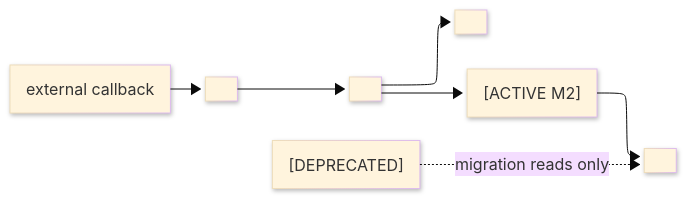
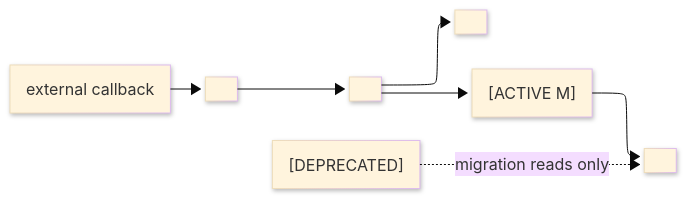
The first of 2 diagrams in docs/standards/explanation/architecture.md (bsamiee/Rasm), drawn with Mermaid before and after one commit. The commit also changed other lines of this file and 26 other files, not shown here.

````diff
--- a/docs/standards/explanation/architecture.md
+++ b/docs/standards/explanation/architecture.md
@@ -260,21 +260,21 @@
 ```mermaid
 ---
 config:
   layout: elk
   look: neo
   theme: base
   elk:
     mergeEdges: false
     nodePlacementStrategy: BRANDES_KOEPF
     cycleBreakingStrategy: GREEDY_MODEL_ORDER
 ---
 flowchart LR
     accTitle: Package code flow
     accDescr: External inputs enter the admission file, validate against the generated contract, execute through the in-progress worker, and persist through the storage boundary while deprecated legacy reads remain isolated.
     Host["external callback"] --> Ingress["<entrypoint>"]
     Ingress --> Validator["<validator>"]
     Validator --> Contract["<contract-artifact>"]
-    Validator --> Worker["<worker> [ACTIVE M2]"]
+    Validator --> Worker["<worker> [ACTIVE M<N>]"]
     Worker --> Store["<store>"]
     Legacy["<legacy-reader> [DEPRECATED]"] -. "migration reads only" .-> Store
 ```
````
